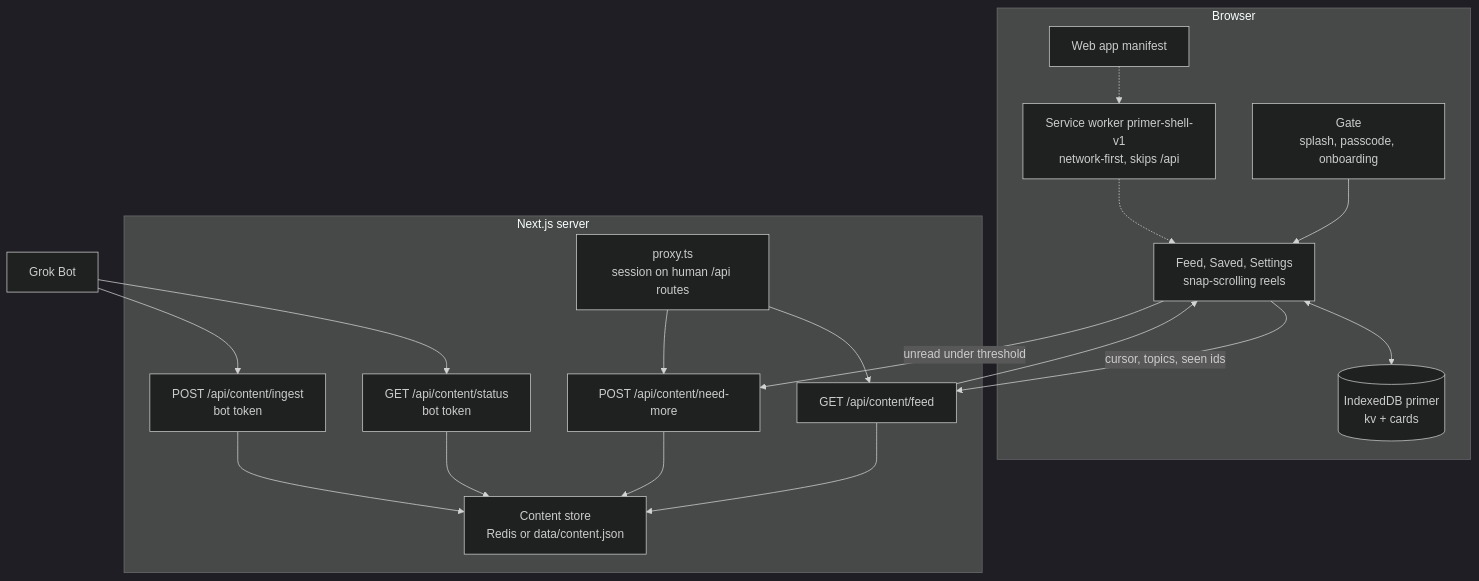
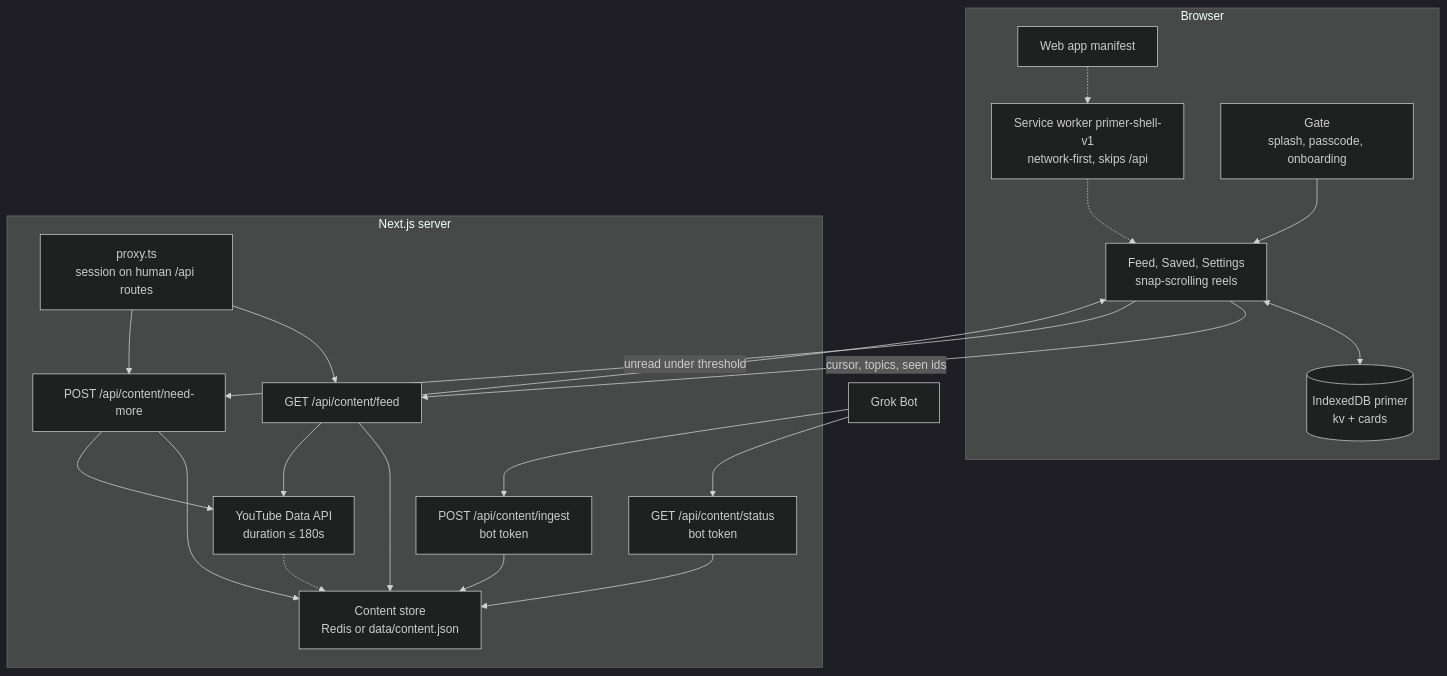
Before and after one commit to amit-tech-org/personal-learning-reels-app: the diagram in docs/ARCHITECTURE.md, drawn with Mermaid (dark theme). The commit also changed other lines of this file and 18 other files, not shown here.

First line of the commit message:
Mix short YouTube videos back into the content bank.

````diff
--- a/docs/ARCHITECTURE.md
+++ b/docs/ARCHITECTURE.md
@@ -5,35 +5,39 @@
 ```mermaid
 flowchart TB
   subgraph browser [Browser]
     Manifest[Web app manifest]
     SW["Service worker primer-shell-v1<br/>network-first, skips /api"]
     Gate["Gate<br/>splash, passcode, onboarding"]
     UI["Feed, Saved, Settings<br/>snap-scrolling reels"]
     IDB[("IndexedDB primer<br/>kv + cards")]
     Gate --> UI
     UI <--> IDB
     SW -.-> UI
     Manifest -.-> SW
   end
 
   subgraph next [Next.js server]
     Proxy["proxy.ts<br/>session on human /api routes"]
     Feed["GET /api/content/feed"]
     Need["POST /api/content/need-more"]
     Status["GET /api/content/status<br/>bot token"]
     Ingest["POST /api/content/ingest<br/>bot token"]
     Store["Content store<br/>Redis or data/content.json"]
     Proxy --> Feed
     Proxy --> Need
     Feed --> Store
     Need --> Store
     Status --> Store
     Ingest --> Store
+    YT["YouTube Data API<br/>duration ≤ 180s"]
+    Feed --> YT
+    Need --> YT
+    YT -.-> Store
   end
 
   UI -->|"cursor, topics, seen ids"| Feed
   UI -->|"unread under threshold"| Need
   Feed --> UI
   Bot[Grok Bot] --> Status
   Bot --> Ingest
 ```
````
